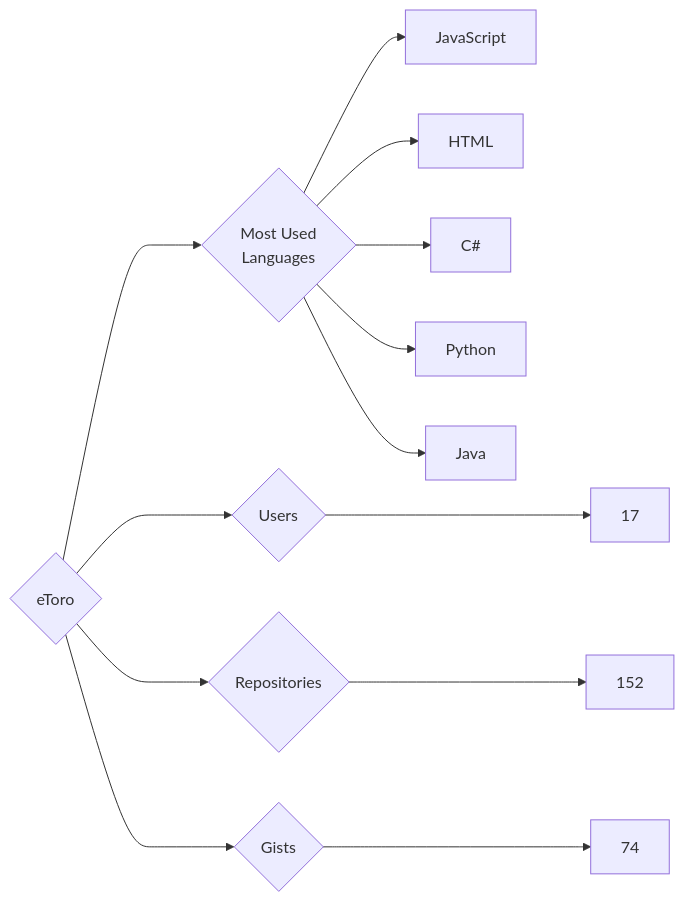
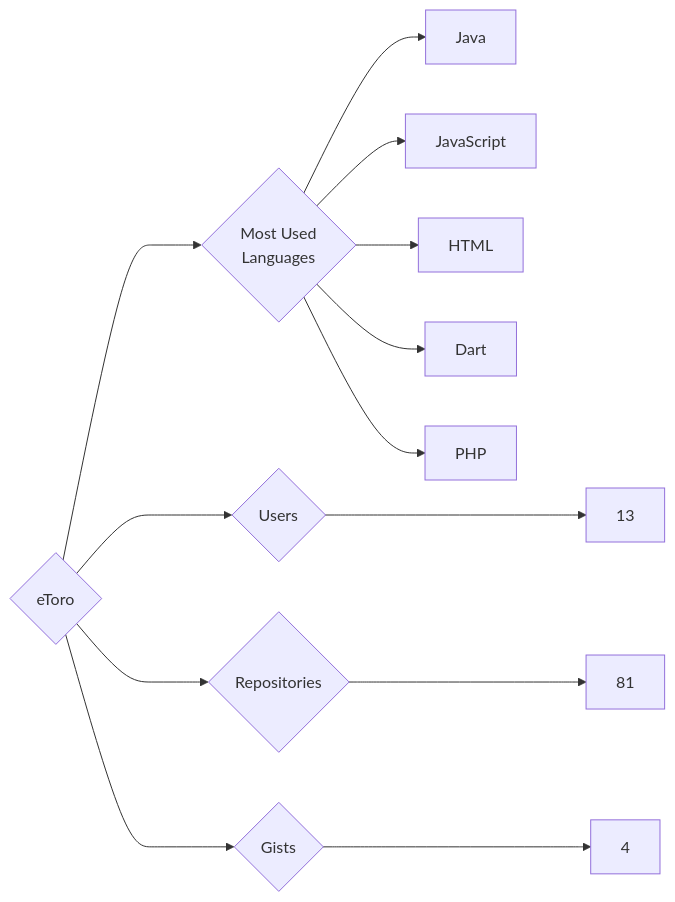
Before and after one commit to trickest/insiders: the diagram in targets/eToro/README.md, drawn with Mermaid. The commit also changed 964 other files, not shown here.

````diff
--- a/targets/eToro/README.md
+++ b/targets/eToro/README.md
@@ -3,13 +3,13 @@
 ```mermaid
 graph LR
 COMPANY_NAME{eToro}
-COMPANY_NAME ---> U{Users} ---> UN[17]
-COMPANY_NAME ---> R{Repositories} ---> RN[152]
-COMPANY_NAME ---> G{Gists} ---> GN[74]
+COMPANY_NAME ---> U{Users} ---> UN[13]
+COMPANY_NAME ---> R{Repositories} ---> RN[81]
+COMPANY_NAME ---> G{Gists} ---> GN[4]
 COMPANY_NAME ---> ML{Most Used<br>Languages}
+ML --> Java[Java]
 ML --> JavaScript[JavaScript]
 ML --> HTML[HTML]
-ML --> C#[C#]
-ML --> Python[Python]
-ML --> Java[Java]
+ML --> Dart[Dart]
+ML --> PHP[PHP]
 ```
````
